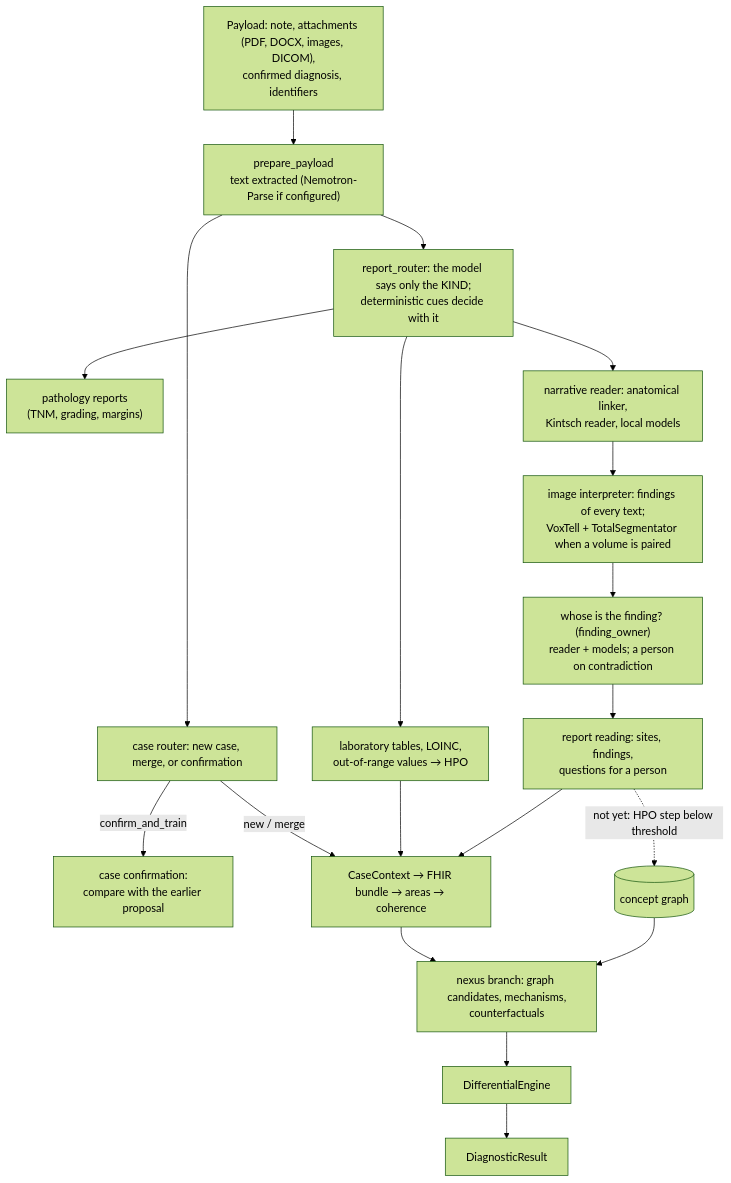
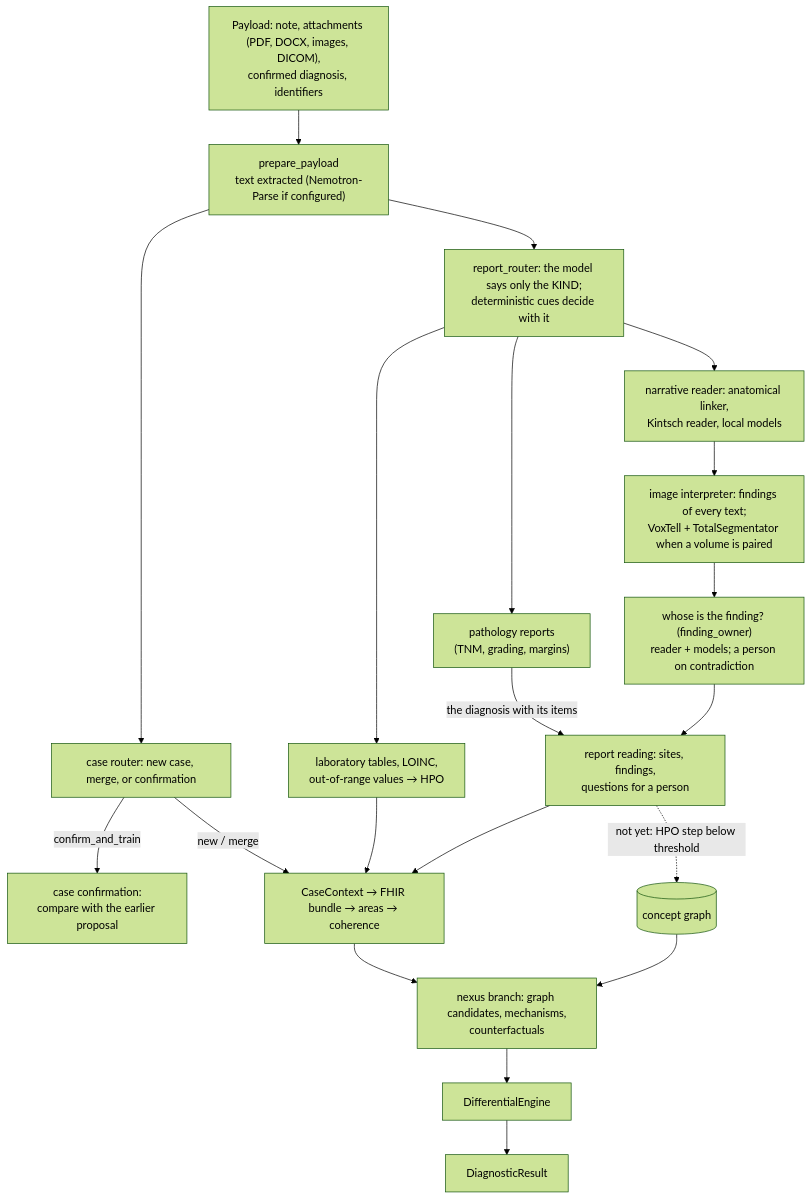
The second of 2 diagrams in docs/en/ARCHITECTURE.md (francescoluciolattari/Melampo-AI), drawn with Mermaid (forest theme) before and after one commit. The commit also changed other lines of this file and 7 other files, not shown here.

First line of the commit message:
The pathologist's diagnosis given to its finding

````diff
--- a/docs/en/ARCHITECTURE.md
+++ b/docs/en/ARCHITECTURE.md
@@ -29,20 +29,21 @@
 ```mermaid
 flowchart TD
   payload["Payload: note, attachments (PDF, DOCX, images, DICOM),<br/>confirmed diagnosis, identifiers"] --> prep["prepare_payload<br/>text extracted (Nemotron-Parse if configured)"]
   prep --> router["report_router: the model says only the KIND;<br/>deterministic cues decide with it"]
   router --> lab["laboratory tables, LOINC,<br/>out-of-range values → HPO"]
   router --> path["pathology reports<br/>(TNM, grading, margins)"]
+  path -->|"the diagnosis with its items"| rr
   router --> narr["narrative reader: anatomical linker,<br/>Kintsch reader, local models"]
   narr --> img["image interpreter: findings of every text;<br/>VoxTell + TotalSegmentator when a volume is paired"]
   img --> owner["whose is the finding? (finding_owner)<br/>reader + models; a person on contradiction"]
   owner --> rr["report reading: sites, findings,<br/>questions for a person"]
   prep --> d1["case router: new case, merge, or confirmation"]
   d1 -->|confirm_and_train| conf["case confirmation:<br/>compare with the earlier proposal"]
   d1 -->|new / merge| ingest["CaseContext → FHIR bundle → areas → coherence"]
   lab --> ingest
   rr --> ingest
   ingest --> nexus["nexus branch: graph candidates, mechanisms,<br/>counterfactuals"]
   nexus --> diff["DifferentialEngine"] --> res["DiagnosticResult"]
   rr -.->|"not yet: HPO step below threshold"| graphnode[("concept graph")]
   graphnode --> nexus
 ```
````
